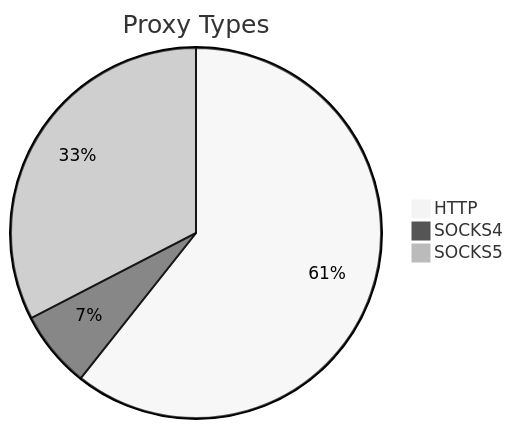
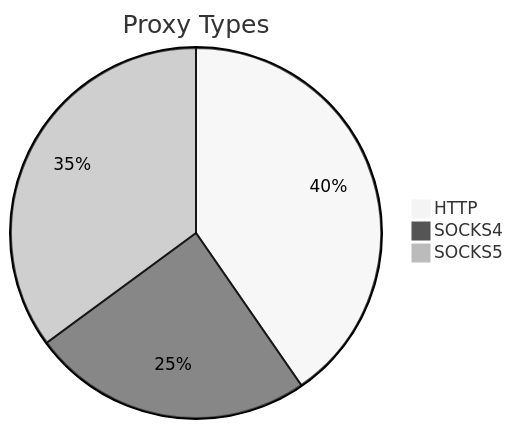
The first of 2 diagrams in README.md (stormsia/proxy-list), drawn with Mermaid (neutral theme) before and after one commit. The commit also changed other lines of this file, not shown here.

````diff
--- a/README.md
+++ b/README.md
@@ -21,6 +21,6 @@
 ```mermaid
 pie title Proxy Types
-    "HTTP" : 108
-    "SOCKS4" : 12
-    "SOCKS5" : 58
+    "HTTP" : 153
+    "SOCKS4" : 93
+    "SOCKS5" : 133
 ```
````
